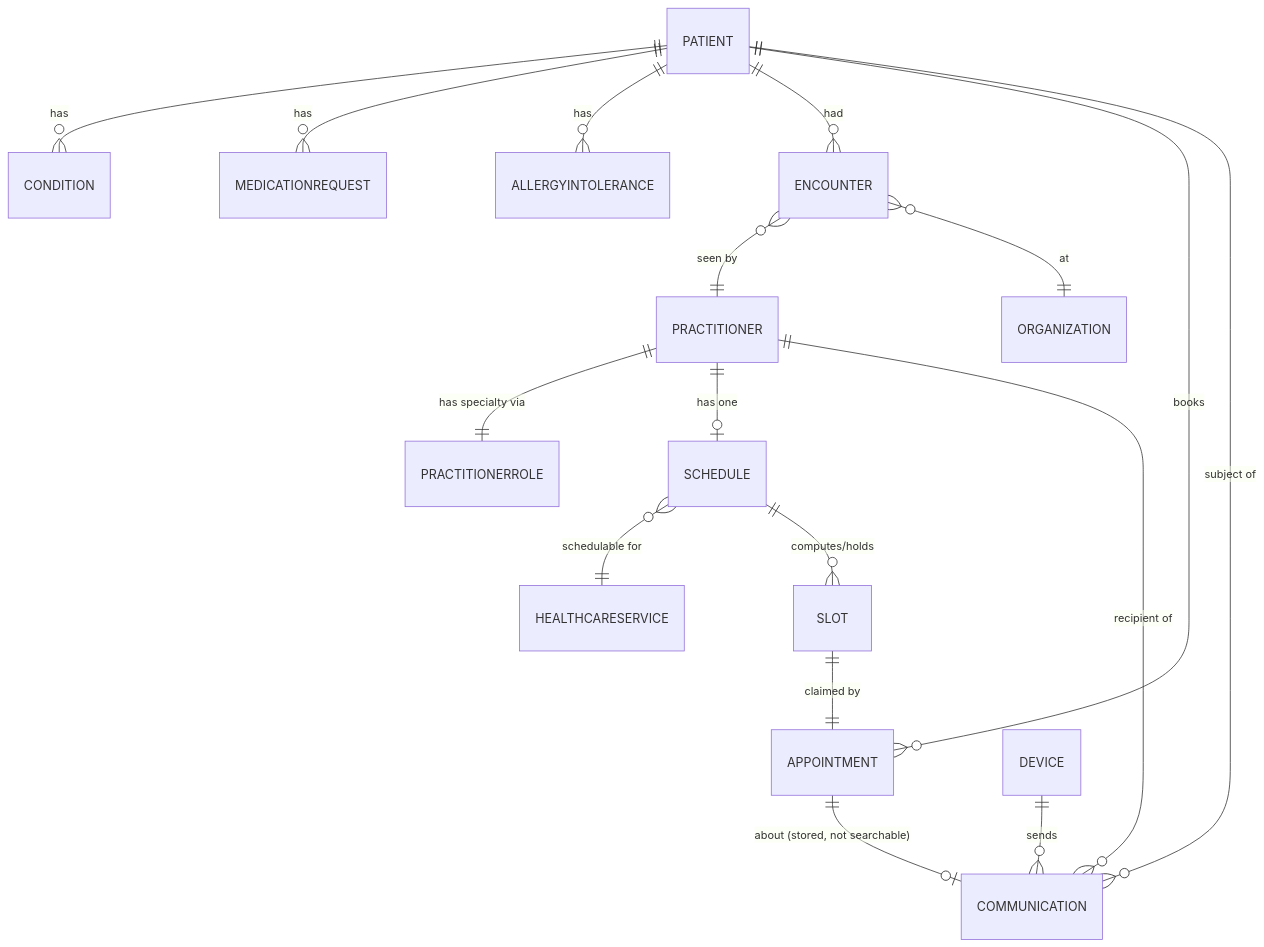
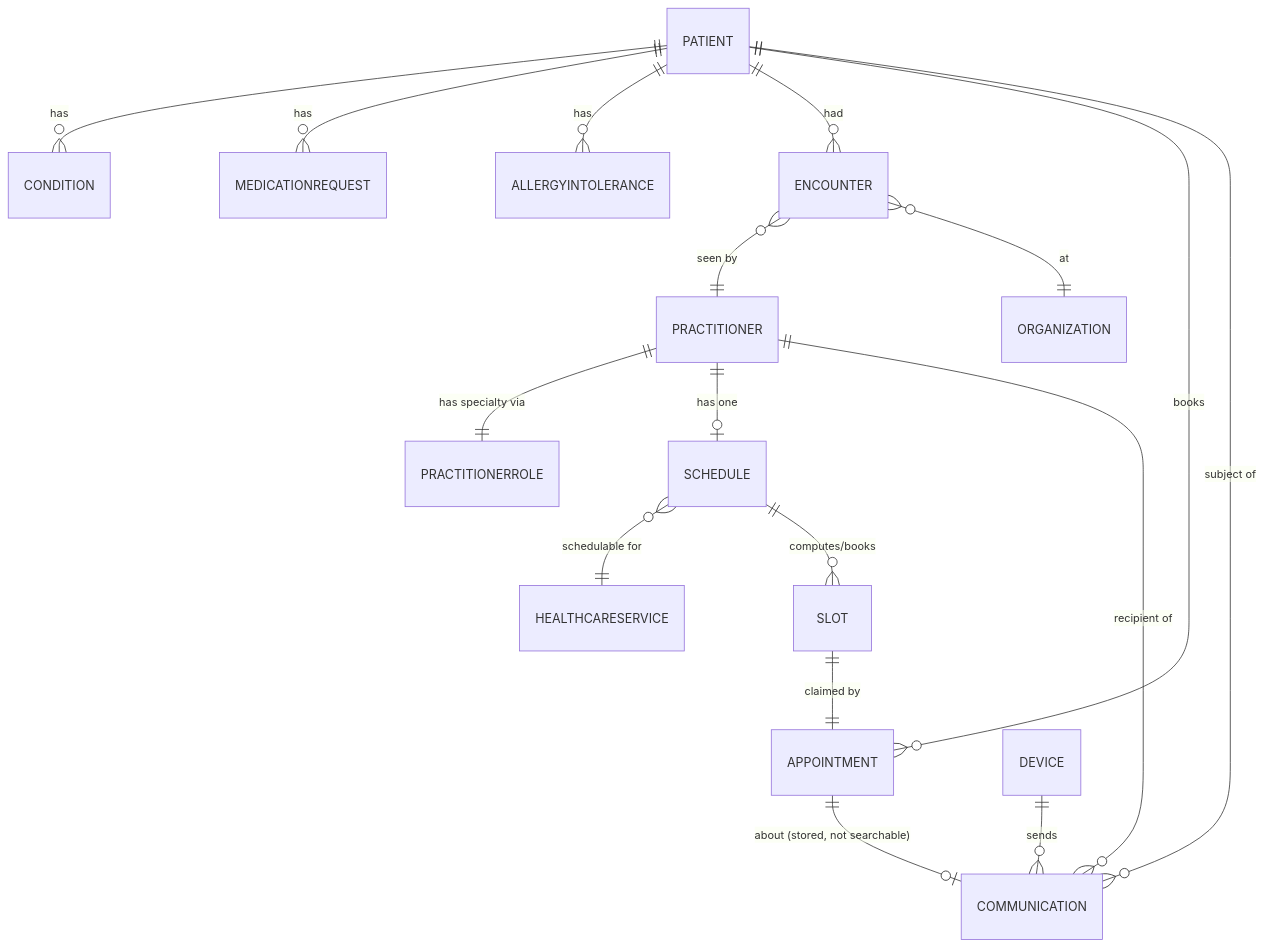
The diagram in docs/Doctor_Appointment_Agent_Data_Model.md (RTE404/Doctor-Appointment-Agent), drawn with Mermaid before and after one commit. The commit also changed other lines of this file and 11 other files, not shown here.

````diff
--- a/docs/Doctor_Appointment_Agent_Data_Model.md
+++ b/docs/Doctor_Appointment_Agent_Data_Model.md
@@ -257,19 +273,19 @@
 ```mermaid
 erDiagram
     PATIENT ||--o{ CONDITION : has
     PATIENT ||--o{ MEDICATIONREQUEST : has
     PATIENT ||--o{ ALLERGYINTOLERANCE : has
     PATIENT ||--o{ ENCOUNTER : had
     ENCOUNTER }o--|| PRACTITIONER : "seen by"
     ENCOUNTER }o--|| ORGANIZATION : "at"
     PRACTITIONER ||--|| PRACTITIONERROLE : "has specialty via"
     PRACTITIONER ||--o| SCHEDULE : "has one"
     SCHEDULE }o--|| HEALTHCARESERVICE : "schedulable for"
-    SCHEDULE ||--o{ SLOT : "computes/holds"
+    SCHEDULE ||--o{ SLOT : "computes/books"
     SLOT ||--|| APPOINTMENT : "claimed by"
     PATIENT ||--o{ APPOINTMENT : books
     PATIENT ||--o{ COMMUNICATION : "subject of"
     PRACTITIONER ||--o{ COMMUNICATION : "recipient of"
     DEVICE ||--o{ COMMUNICATION : sends
     APPOINTMENT ||--o| COMMUNICATION : "about (stored, not searchable)"
 ```
````
